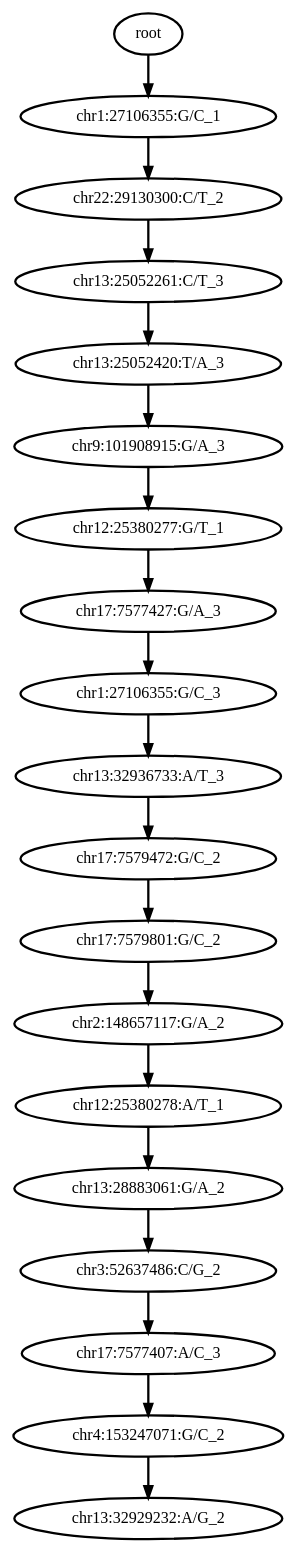
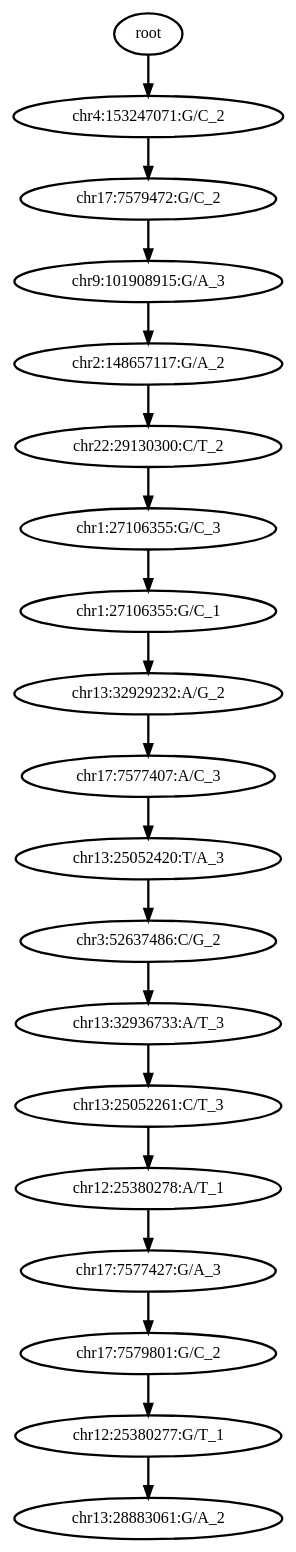
Before and after one commit to haochenz96/Tapestri_main_manuscript_analysis: the diagram in 0_condor_pipeline/condor_outputs/BPA-1/out_tree_without_cells.dot, drawn with Graphviz. The commit also changed 1647 other files, not shown here.

```diff
--- a/0_condor_pipeline/condor_outputs/BPA-1/out_tree_without_cells.dot
+++ b/0_condor_pipeline/condor_outputs/BPA-1/out_tree_without_cells.dot
@@ -1,41 +1,41 @@
 digraph N {
 	overlap="false"
 	rankdir="TB"
 	0 [label="root", style="bold"];
-	1 [label="chr1:27106355:G/C_1", style="bold"];
-	2 [label="chr22:29130300:C/T_2", style="bold"];
-	3 [label="chr13:25052261:C/T_3", style="bold"];
-	4 [label="chr13:25052420:T/A_3", style="bold"];
-	5 [label="chr9:101908915:G/A_3", style="bold"];
-	6 [label="chr12:25380277:G/T_1", style="bold"];
-	7 [label="chr17:7577427:G/A_3", style="bold"];
-	8 [label="chr1:27106355:G/C_3", style="bold"];
-	9 [label="chr13:32936733:A/T_3", style="bold"];
-	10 [label="chr17:7579472:G/C_2", style="bold"];
-	11 [label="chr17:7579801:G/C_2", style="bold"];
-	12 [label="chr2:148657117:G/A_2", style="bold"];
-	13 [label="chr12:25380278:A/T_1", style="bold"];
-	14 [label="chr13:28883061:G/A_2", style="bold"];
-	15 [label="chr3:52637486:C/G_2", style="bold"];
-	16 [label="chr17:7577407:A/C_3", style="bold"];
-	17 [label="chr4:153247071:G/C_2", style="bold"];
-	18 [label="chr13:32929232:A/G_2", style="bold"];
+	1 [label="chr4:153247071:G/C_2", style="bold"];
+	2 [label="chr17:7579472:G/C_2", style="bold"];
+	3 [label="chr9:101908915:G/A_3", style="bold"];
+	4 [label="chr2:148657117:G/A_2", style="bold"];
+	5 [label="chr22:29130300:C/T_2", style="bold"];
+	6 [label="chr1:27106355:G/C_3", style="bold"];
+	7 [label="chr1:27106355:G/C_1", style="bold"];
+	8 [label="chr13:32929232:A/G_2", style="bold"];
+	9 [label="chr17:7577407:A/C_3", style="bold"];
+	10 [label="chr13:25052420:T/A_3", style="bold"];
+	11 [label="chr3:52637486:C/G_2", style="bold"];
+	12 [label="chr13:32936733:A/T_3", style="bold"];
+	13 [label="chr13:25052261:C/T_3", style="bold"];
+	14 [label="chr12:25380278:A/T_1", style="bold"];
+	15 [label="chr17:7577427:G/A_3", style="bold"];
+	16 [label="chr17:7579801:G/C_2", style="bold"];
+	17 [label="chr12:25380277:G/T_1", style="bold"];
+	18 [label="chr13:28883061:G/A_2", style="bold"];
 	0 -> 1 [style="bold"];
 	1 -> 2 [style="bold"];
 	2 -> 3 [style="bold"];
 	3 -> 4 [style="bold"];
 	4 -> 5 [style="bold"];
 	5 -> 6 [style="bold"];
 	6 -> 7 [style="bold"];
 	7 -> 8 [style="bold"];
 	8 -> 9 [style="bold"];
 	9 -> 10 [style="bold"];
 	10 -> 11 [style="bold"];
 	11 -> 12 [style="bold"];
 	12 -> 13 [style="bold"];
 	13 -> 14 [style="bold"];
 	14 -> 15 [style="bold"];
 	15 -> 16 [style="bold"];
 	16 -> 17 [style="bold"];
 	17 -> 18 [style="bold"];
 }
```
